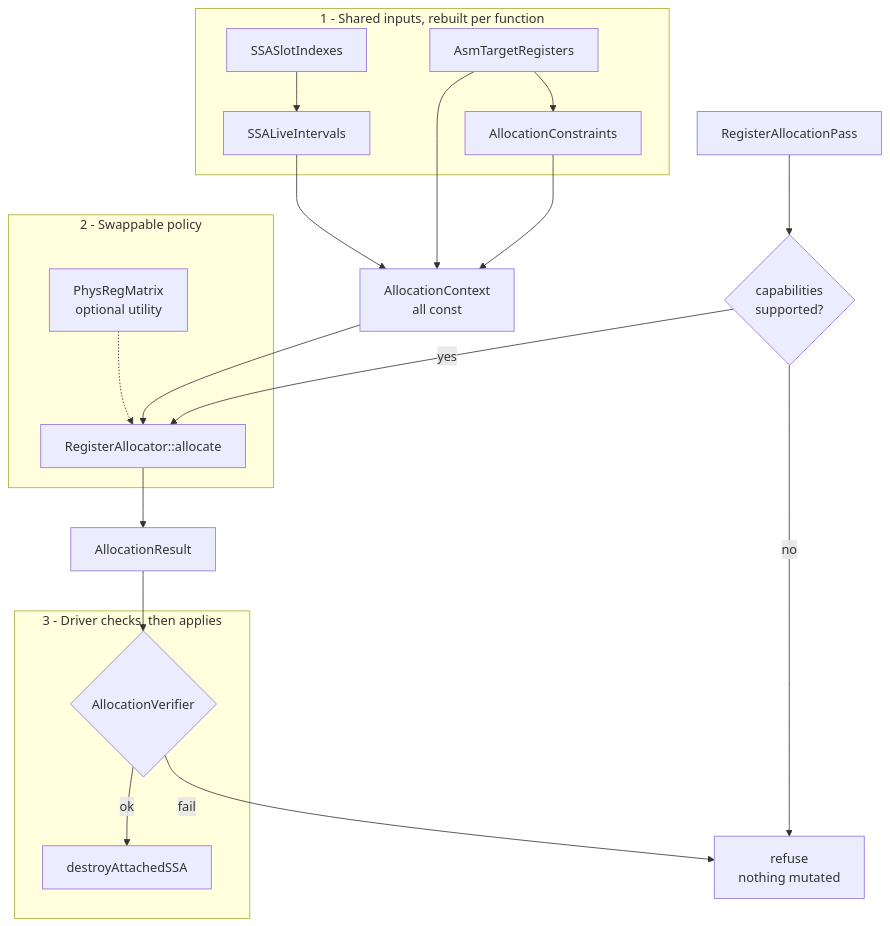
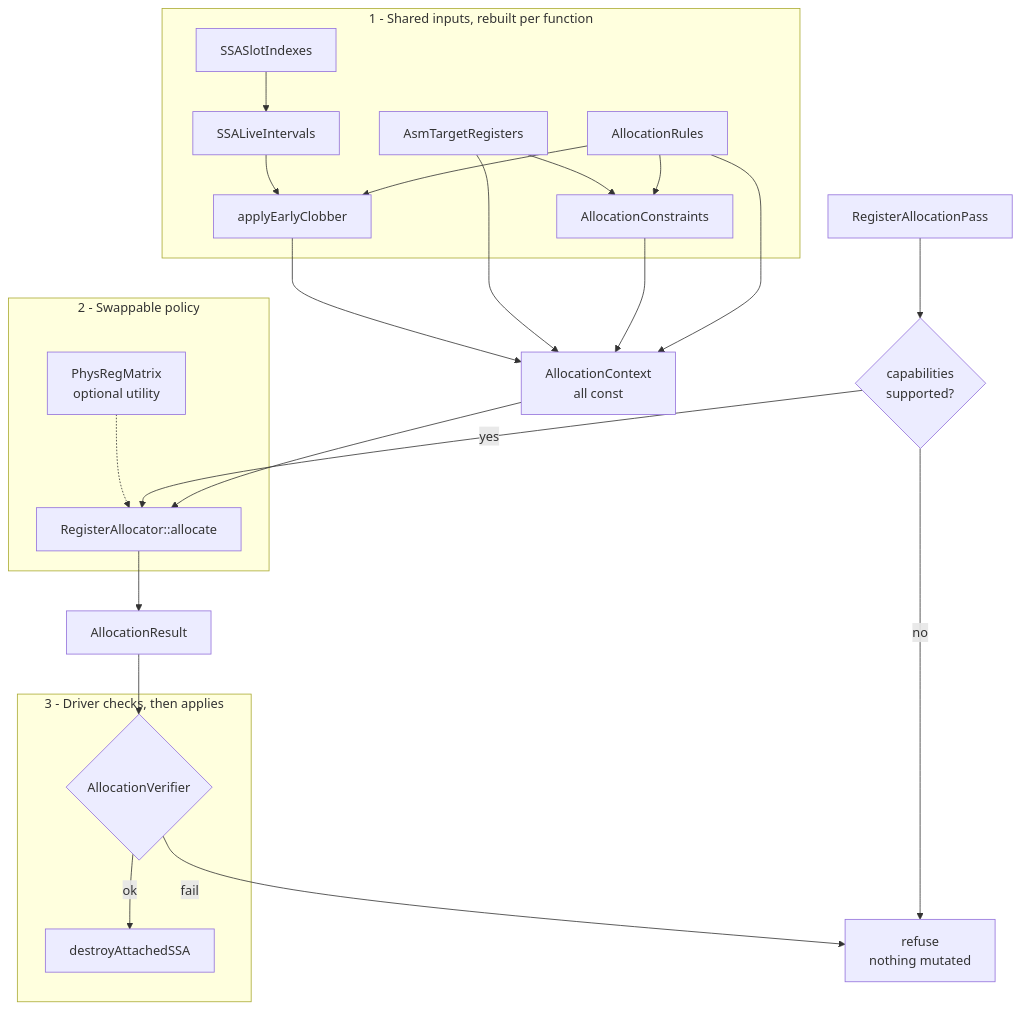
Before and after one commit to ROCm/rocm-libraries: the first of 6 diagrams in shared/stinkytofu/docs/developer/register-allocation.md, drawn with Mermaid. The commit also changed other lines of this file and 49 other files, not shown here.

Commit message:
Register allocation rules

````diff
--- a/shared/stinkytofu/docs/developer/register-allocation.md
+++ b/shared/stinkytofu/docs/developer/register-allocation.md
@@ -36,31 +37,35 @@
 ```mermaid
 flowchart TD
     subgraph inputs ["1 - Shared inputs, rebuilt per function"]
         Slots["SSASlotIndexes"] --> Intervals["SSALiveIntervals"]
         Target["AsmTargetRegisters"] --> Constraints["AllocationConstraints"]
+        Rules["AllocationRules"] --> Constraints
+        Intervals --> Early["applyEarlyClobber"]
+        Rules --> Early
     end
 
     subgraph policy ["2 - Swappable policy"]
         Alloc["RegisterAllocator::allocate"]
         Matrix["PhysRegMatrix<br/>optional utility"] -.-> Alloc
     end
 
     subgraph driver ["3 - Driver checks, then applies"]
         Verify{"AllocationVerifier"}
         Destroy["destroyAttachedSSA"]
     end
 
-    Intervals --> Ctx["AllocationContext<br/>all const"]
+    Early --> Ctx["AllocationContext<br/>all const"]
     Target --> Ctx
     Constraints --> Ctx
+    Rules --> Ctx
 
     Pass["RegisterAllocationPass"] --> Gate{"capabilities<br/>supported?"}
     Gate -->|no| Refuse["refuse<br/>nothing mutated"]
     Gate -->|yes| Alloc
 
     Ctx --> Alloc
     Alloc --> Result["AllocationResult"]
     Result --> Verify
     Verify -->|fail| Refuse
     Verify -->|ok| Destroy
 ```
````
